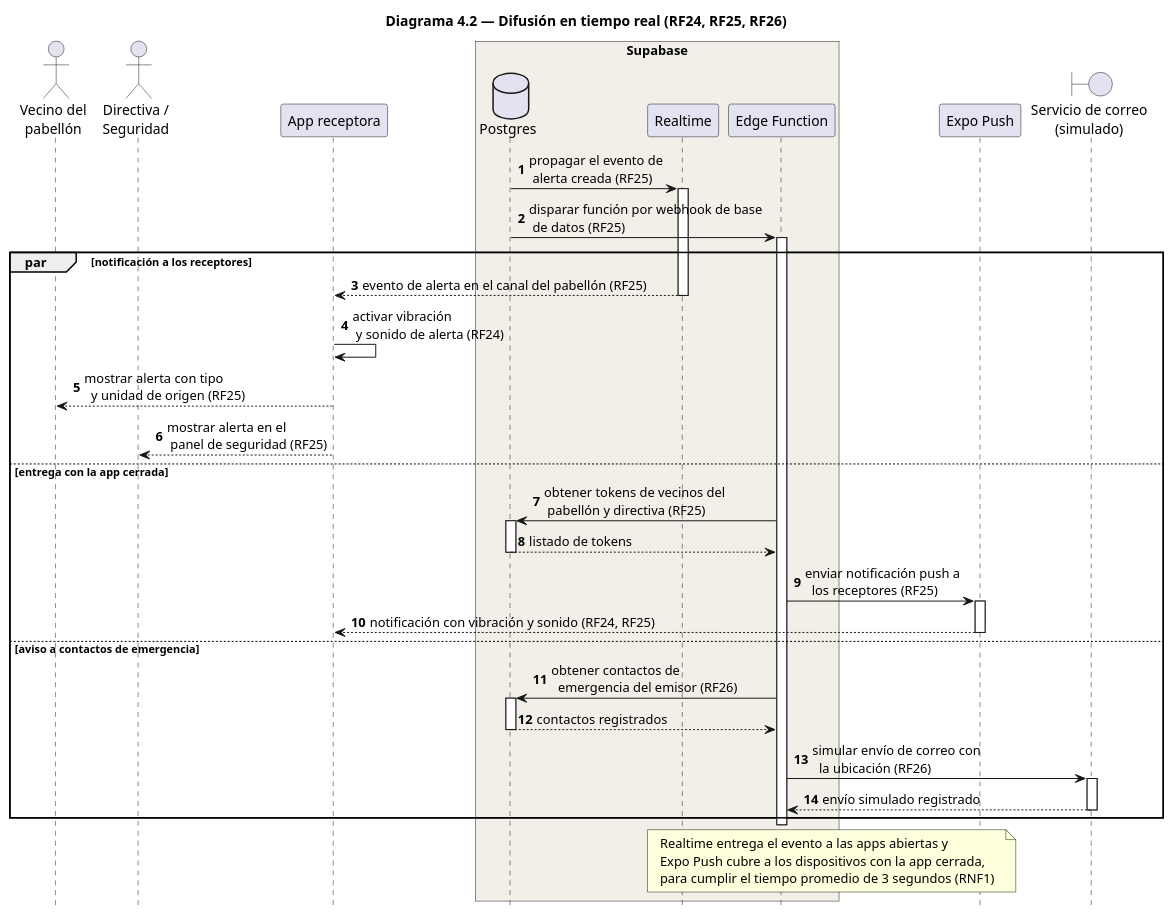
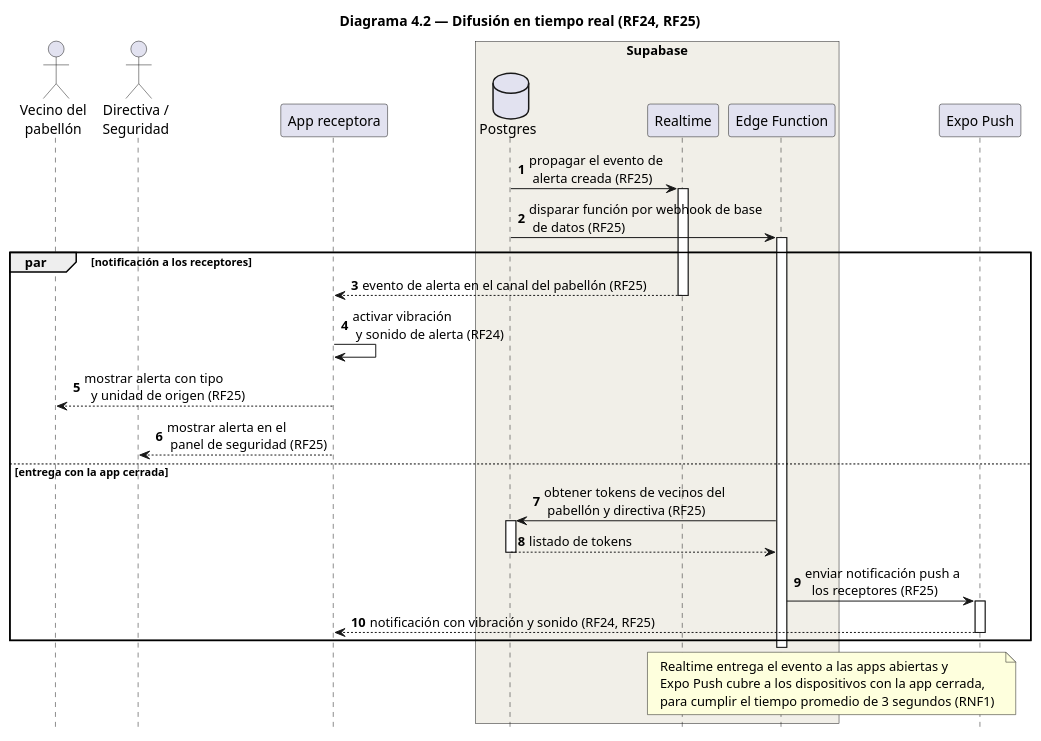
One commit to liusamfung/neighborgood-project changed the diagram in docs/Arquitectura/secuencia/diagrama4_2_difusionTiempoReal.puml. Above: the diagram before and after it, drawn with PlantUML.

Commit message:
Corrige el diagrama 4.2: quita el correo simulado, fuera de alcance
El aviso por correo a contactos de emergencia es una próxima feature
(regla 5 de CLAUDE.md); se retiran el participante y la rama.

```diff
--- a/docs/Arquitectura/secuencia/diagrama4_2_difusionTiempoReal.puml
+++ b/docs/Arquitectura/secuencia/diagrama4_2_difusionTiempoReal.puml
@@ -1,58 +1,48 @@
 @startuml Diagrama4_2_DifusionTiempoReal
-title Diagrama 4.2 — Difusión en tiempo real (RF24, RF25, RF26)
+title Diagrama 4.2 — Difusión en tiempo real (RF24, RF25)
 
 hide footbox
 autonumber
 
 actor "Vecino del\npabellón" as VEC
 actor "Directiva /\nSeguridad" as ADM
 participant "App receptora" as APPR
 
 box "Supabase" #F1EFE8
     database "Postgres" as DB
     participant "Realtime" as RT
     participant "Edge Function" as EF
 end box
 
 participant "Expo Push" as PUSH
-boundary "Servicio de correo\n(simulado)" as MAIL
 
 DB -> RT : propagar el evento de \n alerta creada (RF25)
 activate RT
 DB -> EF : disparar función por webhook de base\n de datos (RF25)
 deactivate DB
 activate EF
 
 par notificación a los receptores
     RT --> APPR : evento de alerta en el canal del pabellón (RF25)
     deactivate RT
     APPR -> APPR : activar vibración \n y sonido de alerta (RF24)
     APPR --> VEC : mostrar alerta con tipo \n  y unidad de origen (RF25)
     APPR --> ADM : mostrar alerta en el \n panel de seguridad (RF25)
 else entrega con la app cerrada
     EF -> DB : obtener tokens de vecinos del \n pabellón y directiva (RF25)
     activate DB
     DB --> EF : listado de tokens
     deactivate DB
     EF -> PUSH : enviar notificación push a \n  los receptores (RF25)
     activate PUSH
     PUSH --> APPR : notificación con vibración y sonido (RF24, RF25)
     deactivate PUSH
-else aviso a contactos de emergencia
-    EF -> DB : obtener contactos de\n  emergencia del emisor (RF26)
-    activate DB
-    DB --> EF : contactos registrados
-    deactivate DB
-    EF -> MAIL : simular envío de correo con \n  la ubicación (RF26)
-    activate MAIL
-    MAIL --> EF : envío simulado registrado
-    deactivate MAIL
 end
 deactivate EF
 
 note over RT, PUSH
   Realtime entrega el evento a las apps abiertas y
   Expo Push cubre a los dispositivos con la app cerrada,
   para cumplir el tiempo promedio de 3 segundos (RNF1)
 end note
 @enduml
```
